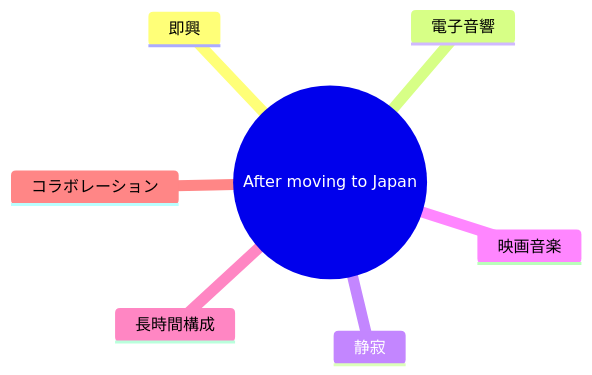
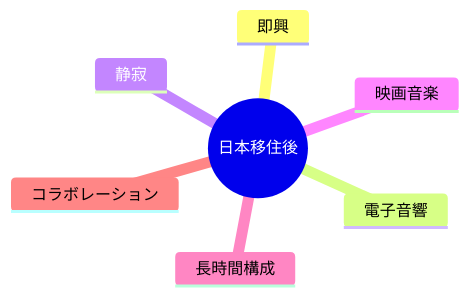
The sixth of 7 diagrams in en/_posts/2026-05-24-column-jim-o-rourke.md (monumental-movement/monumental-movement.github.io), drawn with Mermaid before and after one commit. The commit also changed other lines of this file and 2196 other files, not shown here.

```diff
--- a/en/_posts/2026-05-24-column-jim-o-rourke.md
+++ b/en/_posts/2026-05-24-column-jim-o-rourke.md
@@ -351,10 +351,10 @@
 <div class="mermaid">
 mindmap
-  root((After moving to Japan))
+  root((日本移住後))
     即興
     電子音響
     静寂
     映画音楽
     長時間構成
     コラボレーション
 </div>
```
